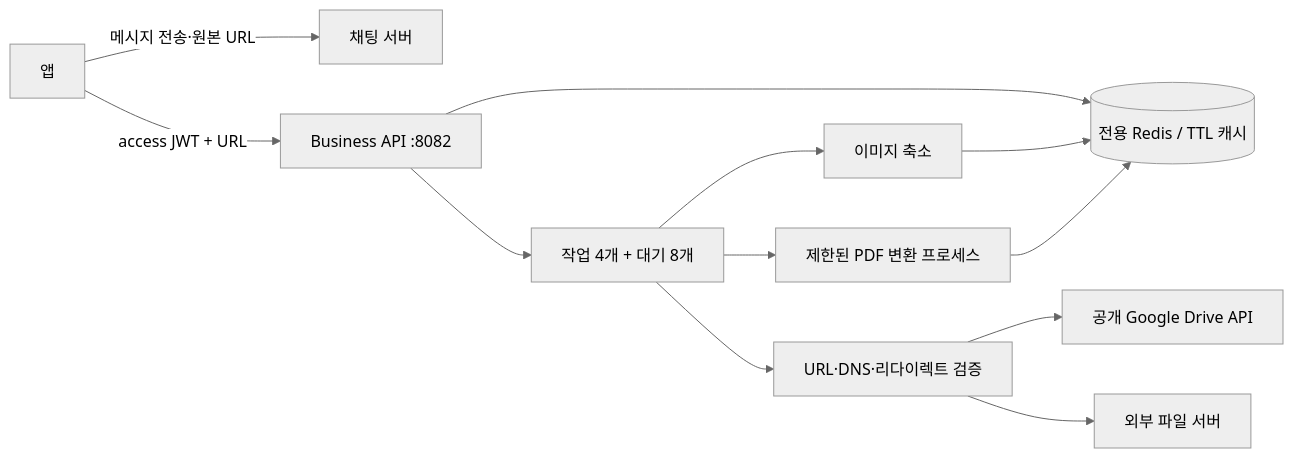
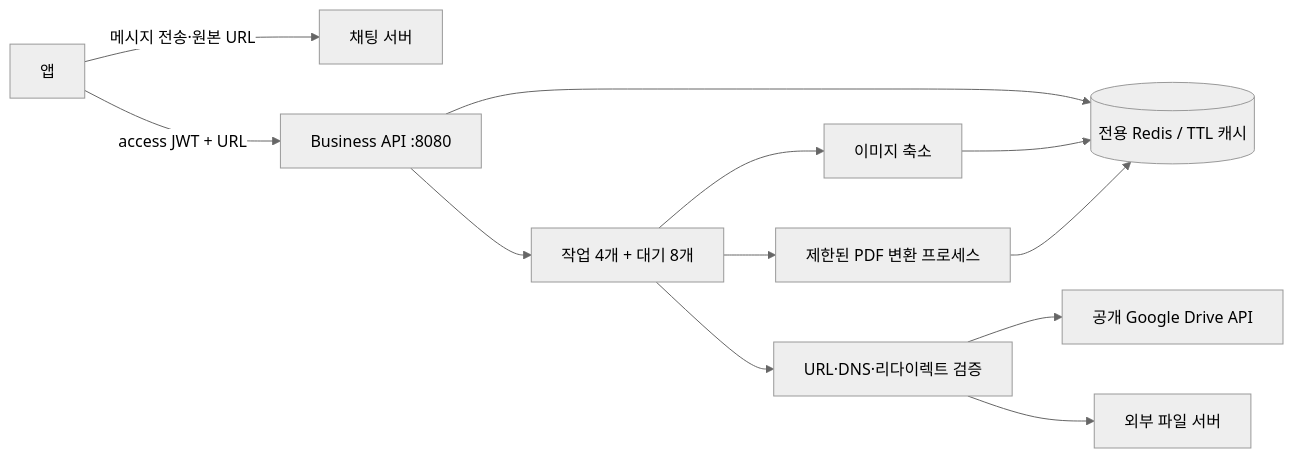
Before and after one commit to OneOrThree/phone: the fourth of 5 diagrams in server/business-api/README.md, drawn with Mermaid (neutral theme). The commit also changed other lines of this file and 529 other files, not shown here.

````diff
--- a/server/business-api/README.md
+++ b/server/business-api/README.md
@@ -22,14 +537,14 @@
 ```mermaid
 flowchart LR
   App[앱] -->|메시지 전송·원본 URL| Chat[채팅 서버]
-  App -->|access JWT + URL| Business[Business API :8082]
+  App -->|access JWT + URL| Business[Business API :8080]
   Business --> Cache[(전용 Redis / TTL 캐시)]
   Business --> Worker[작업 4개 + 대기 8개]
   Worker --> Guard[URL·DNS·리다이렉트 검증]
   Guard --> Drive[공개 Google Drive API]
   Guard --> File[외부 파일 서버]
   Worker --> Image[이미지 축소]
   Worker --> PDF[제한된 PDF 변환 프로세스]
   Image --> Cache
   PDF --> Cache
 ```
````
